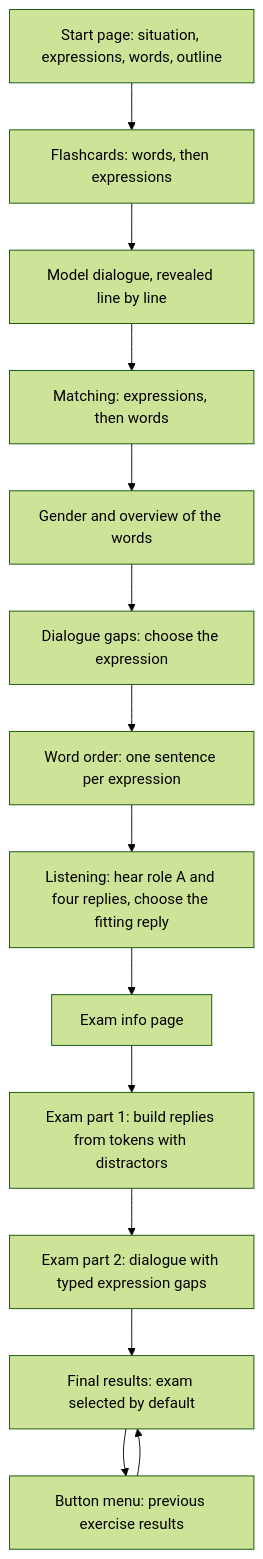
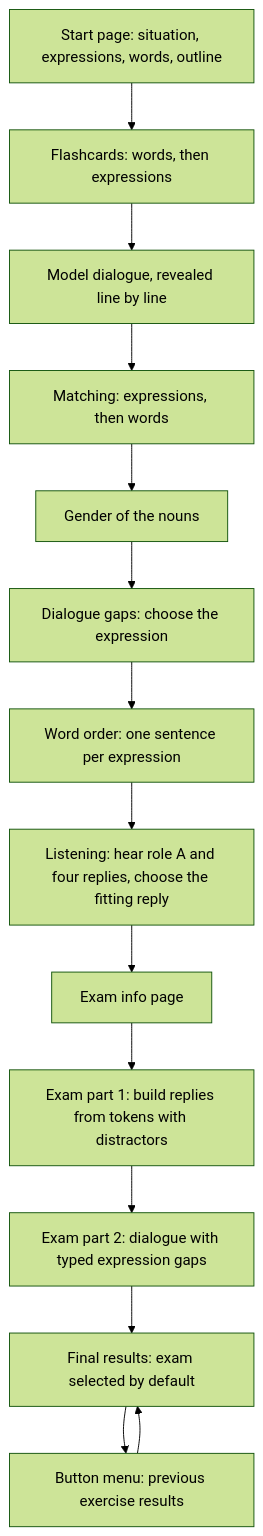
Before and after one commit to bastian-schnitzler/lesson_prototype: the fifth of 46 diagrams in docs/SPEC.md, drawn with Mermaid (forest theme). The commit also changed other lines of this file and 12 other files, not shown here.

````diff
--- a/docs/SPEC.md
+++ b/docs/SPEC.md
@@ -833,16 +833,16 @@
 ```mermaid
 flowchart TD
     S[Start page: situation, expressions, words, outline] --> A[Flashcards: words, then expressions]
     A --> B[Model dialogue, revealed line by line]
     B --> C[Matching: expressions, then words]
-    C --> C2[Gender and overview of the words]
+    C --> C2[Gender of the nouns]
     C2 --> E[Dialogue gaps: choose the expression]
     E --> D[Word order: one sentence per expression]
     D --> L[Listening: hear role A and four replies, choose the fitting reply]
     L --> F[Exam info page]
     F --> G[Exam part 1: build replies from tokens with distractors]
     G --> H[Exam part 2: dialogue with typed expression gaps]
     H --> R[Final results: exam selected by default]
     R --> M[Button menu: previous exercise results]
     M --> R
 ```
````
